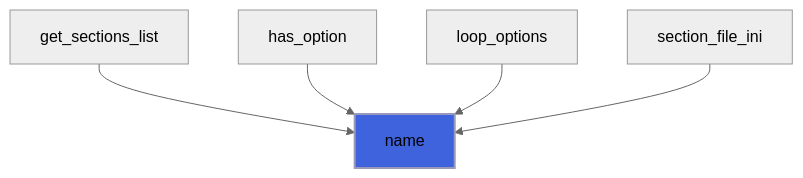
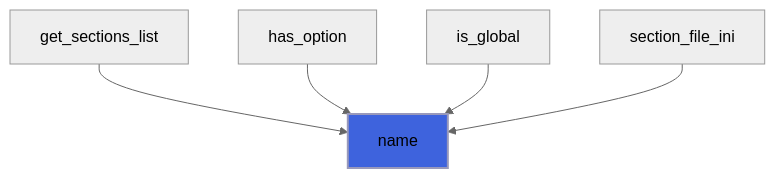
Before and after one commit to szaghi/FiNeR: diagram 21 of 23 in docs/api/src/lib/finer_section_t.md, drawn with Mermaid (neutral theme). The commit also changed other lines of this file and 199 other files, not shown here.

````diff
--- a/docs/api/src/lib/finer_section_t.md
+++ b/docs/api/src/lib/finer_section_t.md
@@ -706,8 +746,8 @@
 ```mermaid
 flowchart TD
   get_sections_list["get_sections_list"] --> name["name"]
   has_option["has_option"] --> name["name"]
-  loop_options["loop_options"] --> name["name"]
+  is_global["is_global"] --> name["name"]
   section_file_ini["section_file_ini"] --> name["name"]
   style name fill:#3e63dd,stroke:#99b,stroke-width:2px
 ```
````
